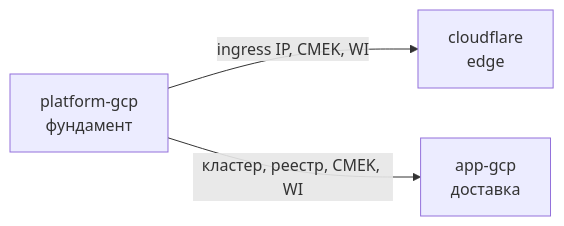
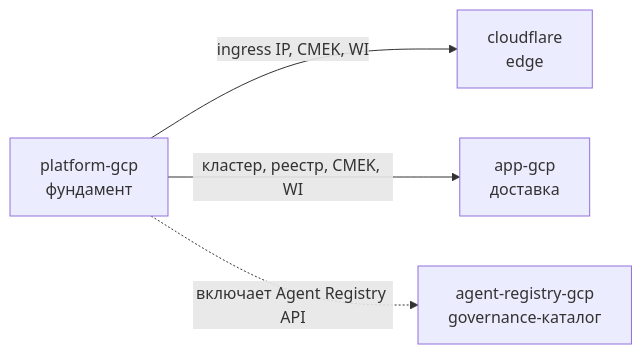
The first of 2 diagrams in README.ru.md (pilprod/yourown-chat), drawn with Mermaid before and after one commit. The commit also changed other lines of this file and 36 other files, not shown here.

First line of the commit message:
Refactor Mattermost Helm charts and Terraform configurations to remove Google Workspace integration

````diff
--- a/README.ru.md
+++ b/README.ru.md
@@ -30,5 +33,6 @@
 ```mermaid
 graph LR
   P[platform-gcp<br/>фундамент] -->|ingress IP, CMEK, WI| CF[cloudflare<br/>edge]
   P -->|кластер, реестр, CMEK, WI| A[app-gcp<br/>доставка]
+  P -.->|включает Agent Registry API| R[agent-registry-gcp<br/>governance-каталог]
 ```
````
